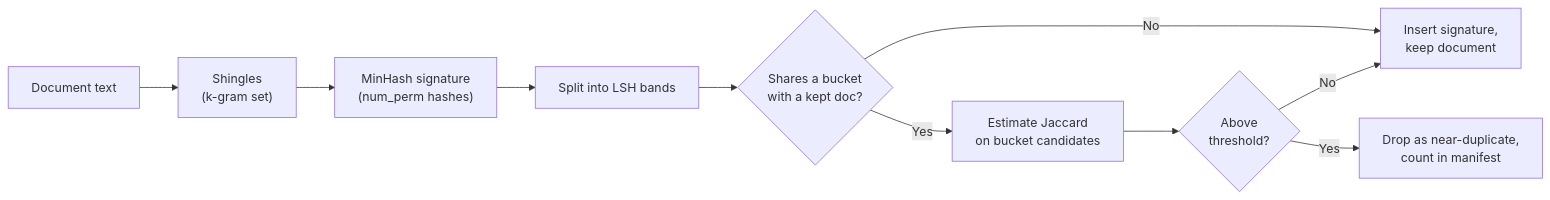
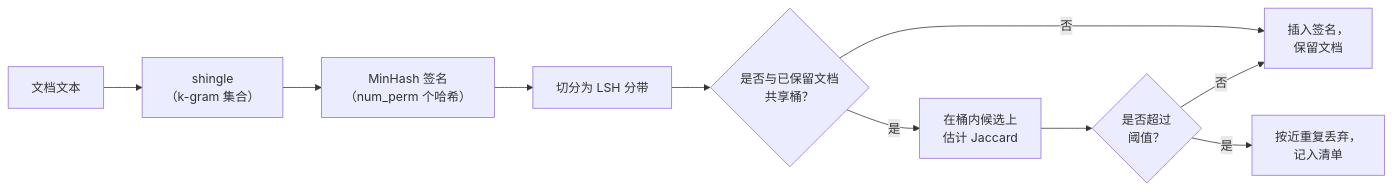
The second of 3 diagrams in zh/foundations/02-data-curation.qmd (latere-ai/ai-as-an-infrastructure), drawn with Mermaid before and after one commit. The commit also changed other lines of this file and 273 other files, not shown here.

Commit message:
docs: localize Chinese diagrams

````diff
--- a/zh/foundations/02-data-curation.qmd
+++ b/zh/foundations/02-data-curation.qmd
@@ -85,14 +85,14 @@
 ```{mermaid}
 %%| label: fig-data-curation-minhash
 %%| fig-cap: "在语料规模上用 MinHash 配合 LSH 做模糊去重。只有共享同一 LSH 桶的文档才会被比较，因此代价是次平方而非全配对。据 Broder (1997) 与 Lee et al. (2022)。"
 flowchart LR
-  A["Document text"] --> B["Shingles<br/>(k-gram set)"]
-  B --> C["MinHash signature<br/>(num_perm hashes)"]
-  C --> D["Split into LSH bands"]
-  D --> E{"Shares a bucket<br/>with a kept doc?"}
-  E -->|No| F["Insert signature,<br/>keep document"]
-  E -->|Yes| G["Estimate Jaccard<br/>on bucket candidates"]
-  G --> H{"Above<br/>threshold?"}
-  H -->|No| F
-  H -->|Yes| I["Drop as near-duplicate,<br/>count in manifest"]
+  A["文档文本"] --> B["shingle<br/>（k-gram 集合）"]
+  B --> C["MinHash 签名<br/>（num_perm 个哈希）"]
+  C --> D["切分为 LSH 分带"]
+  D --> E{"是否与已保留文档<br/>共享桶？"}
+  E -->|否| F["插入签名，<br/>保留文档"]
+  E -->|是| G["在桶内候选上<br/>估计 Jaccard"]
+  G --> H{"是否超过<br/>阈值？"}
+  H -->|否| F
+  H -->|是| I["按近重复丢弃，<br/>记入清单"]
 ```
````
